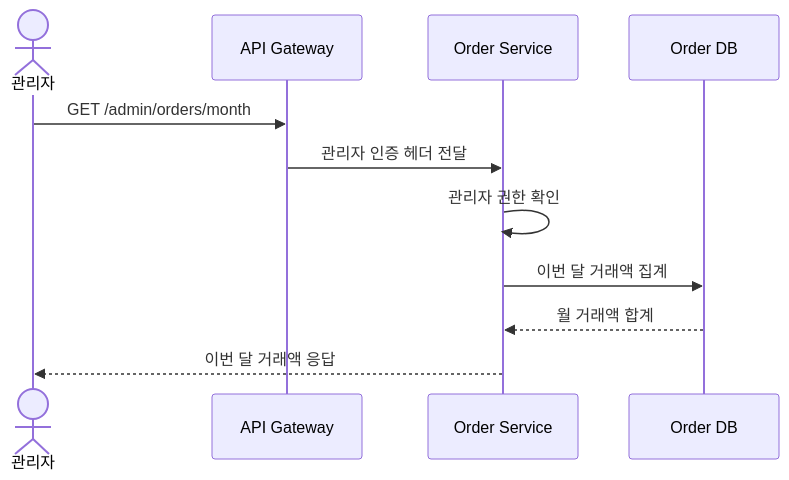
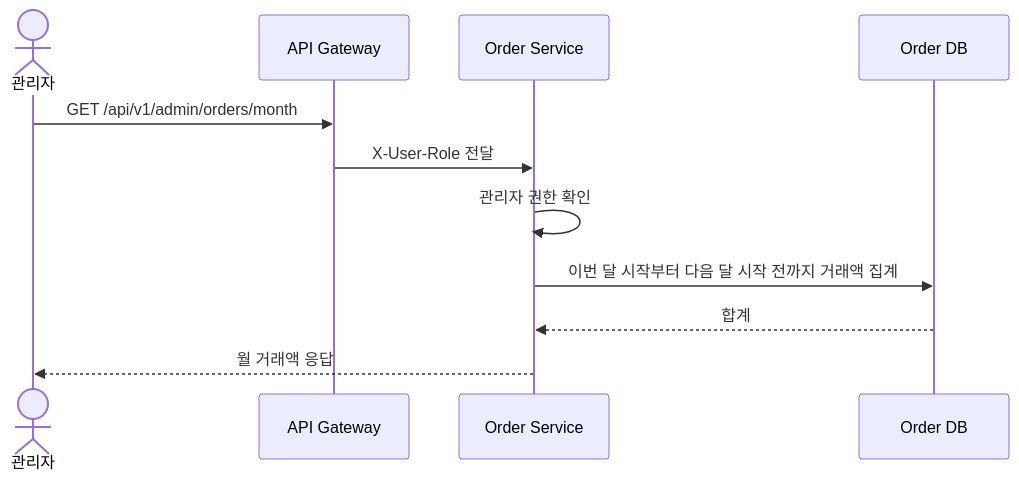
Before and after one commit to prgrms-be-adv-devcourse/beadv6_6_3JMT_BE: diagram 11 of 15 in docs/architecture/order-usecase-detail.md, drawn with Mermaid. The commit also changed other lines of this file and 3 other files, not shown here.

````diff
--- a/docs/architecture/order-usecase-detail.md
+++ b/docs/architecture/order-usecase-detail.md
@@ -450,14 +358,14 @@
 ```mermaid
 sequenceDiagram
     actor Admin as 관리자
     participant Gateway as API Gateway
     participant Order as Order Service
     participant DB as Order DB
 
-    Admin->>Gateway: GET /admin/orders/month
-    Gateway->>Order: 관리자 인증 헤더 전달
+    Admin->>Gateway: GET /api/v1/admin/orders/month
+    Gateway->>Order: X-User-Role 전달
     Order->>Order: 관리자 권한 확인
-    Order->>DB: 이번 달 거래액 집계
-    DB-->>Order: 월 거래액 합계
-    Order-->>Admin: 이번 달 거래액 응답
+    Order->>DB: 이번 달 시작부터 다음 달 시작 전까지 거래액 집계
+    DB-->>Order: 합계
+    Order-->>Admin: 월 거래액 응답
 ```
````
